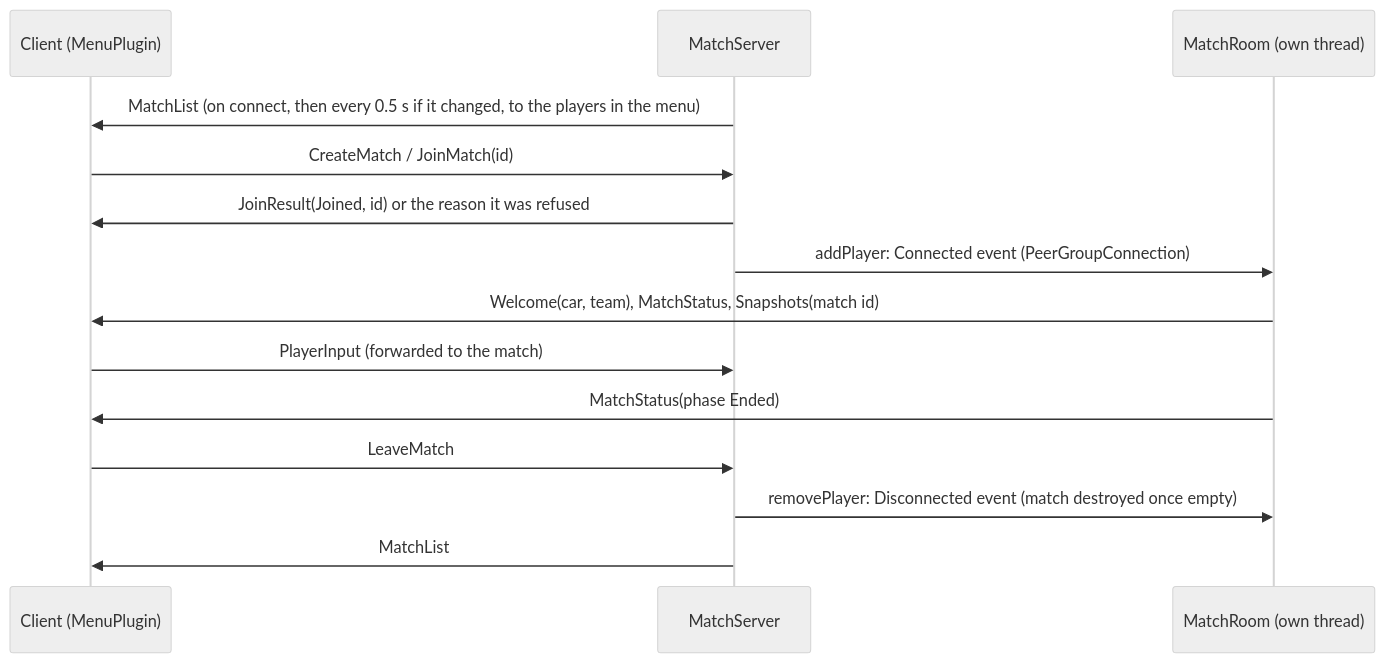
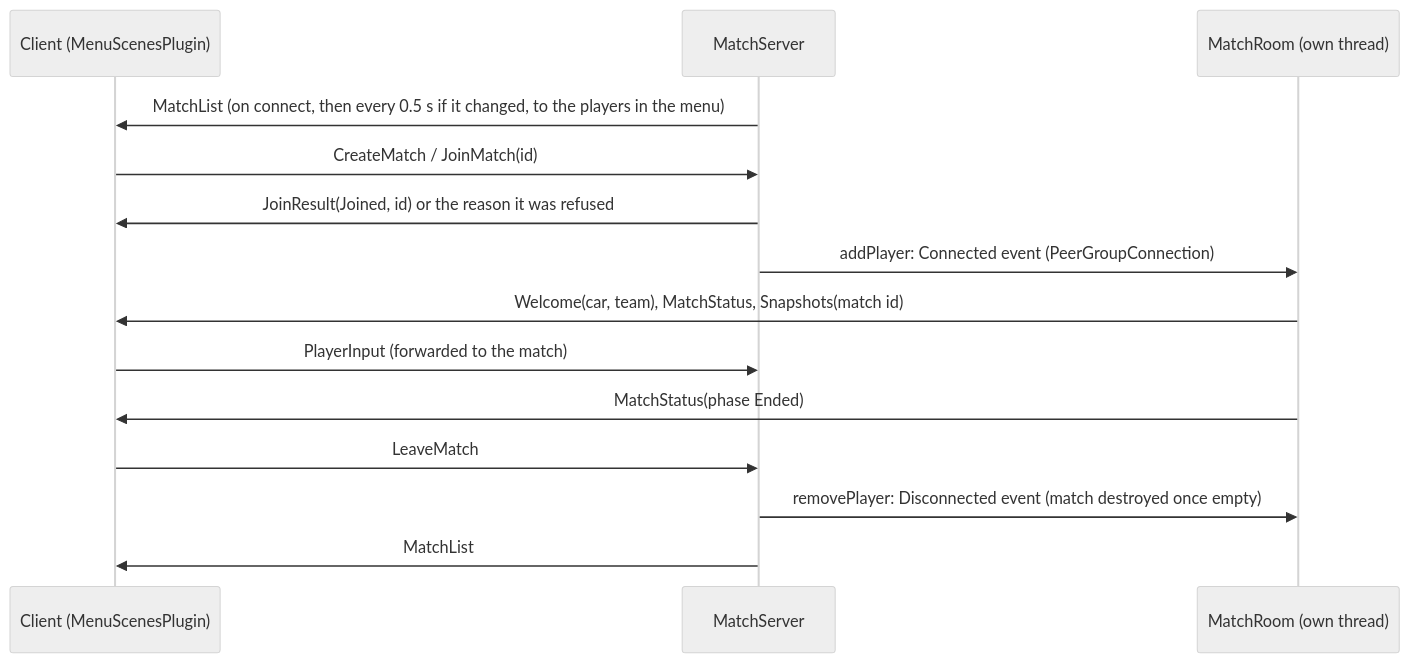
The second of 2 diagrams in docs/rlss/index.md (Matt4401/Mirror-Rtype), drawn with Mermaid (neutral theme) before and after one commit. The commit also changed other lines of this file and 19 other files, not shown here.

````diff
--- a/docs/rlss/index.md
+++ b/docs/rlss/index.md
@@ -184,16 +184,16 @@
 ```mermaid
 sequenceDiagram
-    participant C as Client (MenuPlugin)
+    participant C as Client (MenuScenesPlugin)
     participant S as MatchServer
     participant M as MatchRoom (own thread)
     S ->> C: MatchList (on connect, then every 0.5 s if it changed, to the players in the menu)
     C ->> S: CreateMatch / JoinMatch(id)
     S ->> C: JoinResult(Joined, id) or the reason it was refused
     S ->> M: addPlayer: Connected event (PeerGroupConnection)
     M ->> C: Welcome(car, team), MatchStatus, Snapshots(match id)
     C ->> S: PlayerInput (forwarded to the match)
     M ->> C: MatchStatus(phase Ended)
     C ->> S: LeaveMatch
     S ->> M: removePlayer: Disconnected event (match destroyed once empty)
     S ->> C: MatchList
 ```
````
